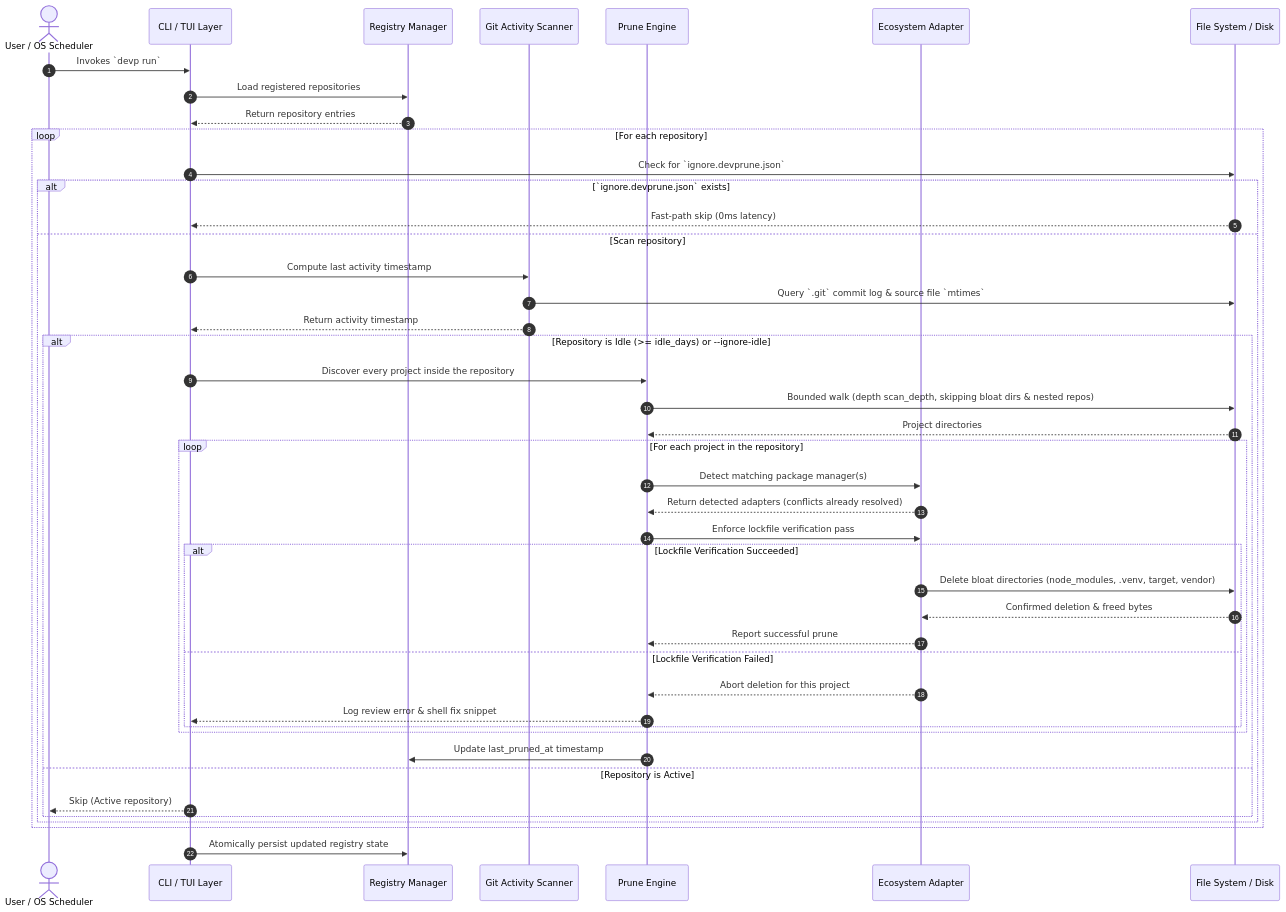
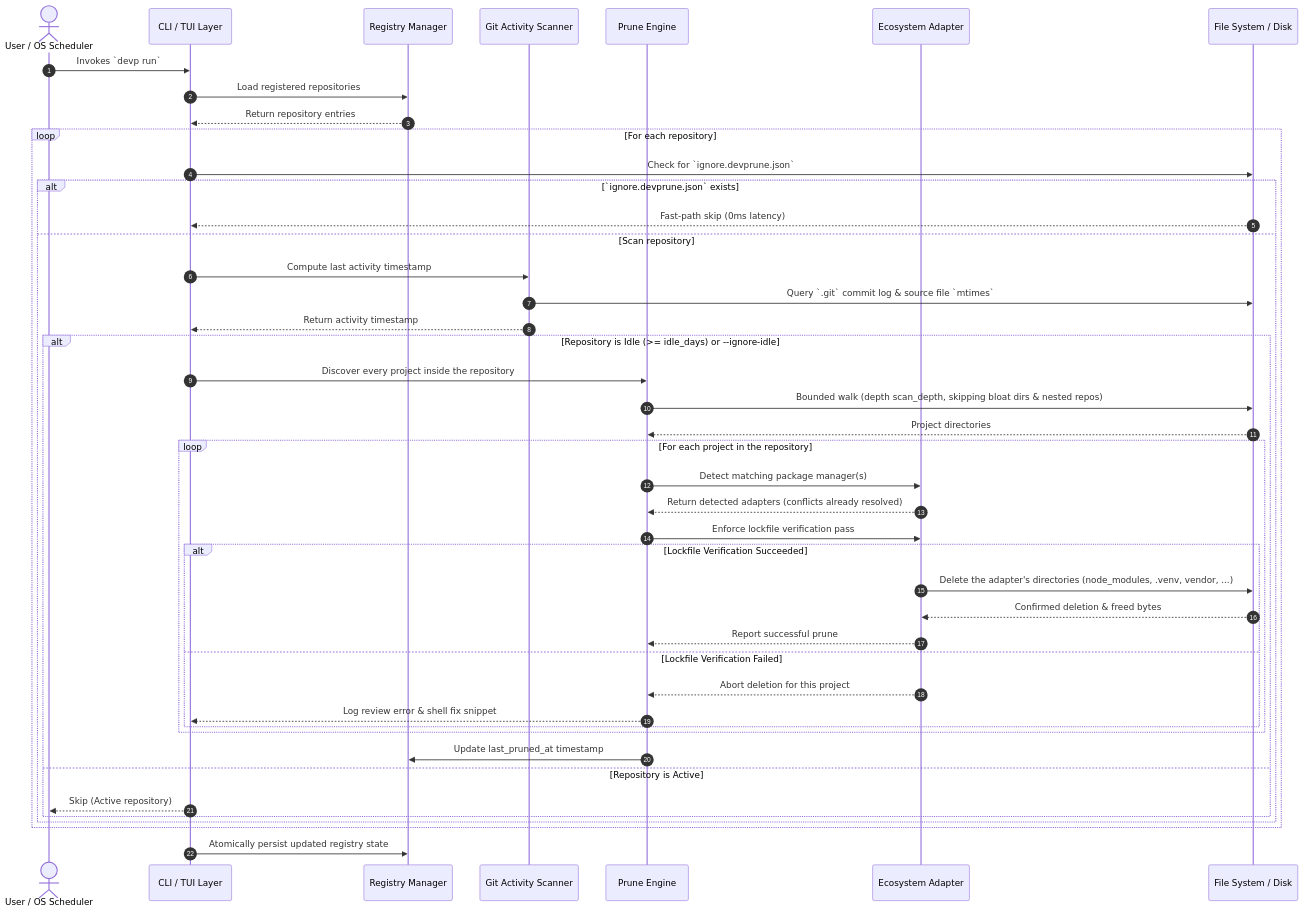
Before and after one commit to Life-Experimentalist/dev-prune: the second of 2 diagrams in docs/architecture/HLD.md, drawn with Mermaid. The commit also changed other lines of this file and 34 other files, not shown here.

````diff
--- a/docs/architecture/HLD.md
+++ b/docs/architecture/HLD.md
@@ -79,47 +79,47 @@
 ```mermaid
 sequenceDiagram
     autonumber
     actor User as User / OS Scheduler
     participant CLI as CLI / TUI Layer
     participant Reg as Registry Manager
     participant Scan as Git Activity Scanner
     participant Eng as Prune Engine
     participant PM as Ecosystem Adapter
     participant FS as File System / Disk
 
     User->>CLI: Invokes `devp run`
     CLI->>Reg: Load registered repositories
     Reg-->>CLI: Return repository entries
     loop For each repository
         CLI->>FS: Check for `ignore.devprune.json`
         alt `ignore.devprune.json` exists
             FS-->>CLI: Fast-path skip (0ms latency)
         else Scan repository
             CLI->>Scan: Compute last activity timestamp
             Scan->>FS: Query `.git` commit log & source file `mtimes`
             Scan-->>CLI: Return activity timestamp
             alt Repository is Idle (>= idle_days) or --ignore-idle
                 CLI->>Eng: Discover every project inside the repository
                 Eng->>FS: Bounded walk (depth scan_depth, skipping bloat dirs & nested repos)
                 FS-->>Eng: Project directories
                 loop For each project in the repository
                     Eng->>PM: Detect matching package manager(s)
                     PM-->>Eng: Return detected adapters (conflicts already resolved)
                     Eng->>PM: Enforce lockfile verification pass
                     alt Lockfile Verification Succeeded
-                        PM->>FS: Delete bloat directories (node_modules, .venv, target, vendor)
+                        PM->>FS: Delete the adapter's directories (node_modules, .venv, vendor, ...)
                         FS-->>PM: Confirmed deletion & freed bytes
                         PM-->>Eng: Report successful prune
                     else Lockfile Verification Failed
                         PM-->>Eng: Abort deletion for this project
                         Eng-->>CLI: Log review error & shell fix snippet
                     end
                 end
                 Eng->>Reg: Update last_pruned_at timestamp
             else Repository is Active
                 CLI-->>User: Skip (Active repository)
             end
         end
     end
     CLI->>Reg: Atomically persist updated registry state
 ```
````
